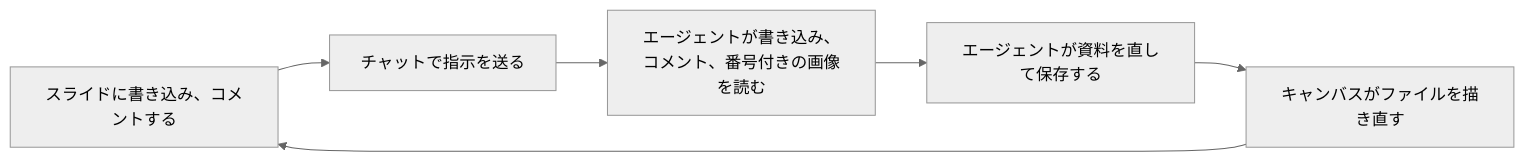
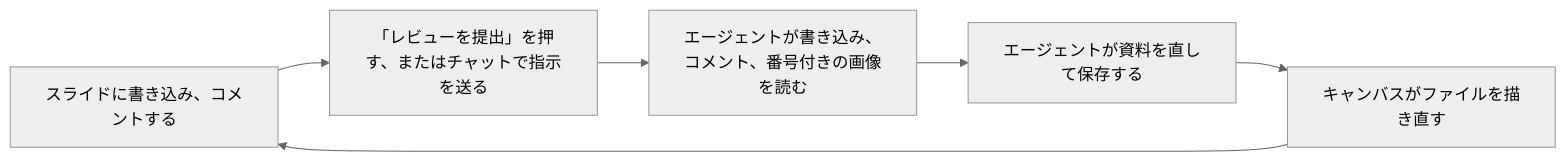
One commit to openjny/copilot-pptx-review-canvas changed the diagram in README.ja.md. Above: the diagram before and after it, drawn with Mermaid (neutral theme). The commit also changed other lines of this file and 19 other files, not shown here.

````diff
--- a/README.ja.md
+++ b/README.ja.md
@@ -57,8 +62,8 @@
 ```mermaid
 flowchart LR
-  A[スライドに書き込み、コメントする] --> B[チャットで指示を送る]
+  A[スライドに書き込み、コメントする] --> B[「レビューを提出」を押す、またはチャットで指示を送る]
   B --> C[エージェントが書き込み、コメント、番号付きの画像を読む]
   C --> D[エージェントが資料を直して保存する]
   D --> E[キャンバスがファイルを描き直す]
   E --> A
 ```
````
